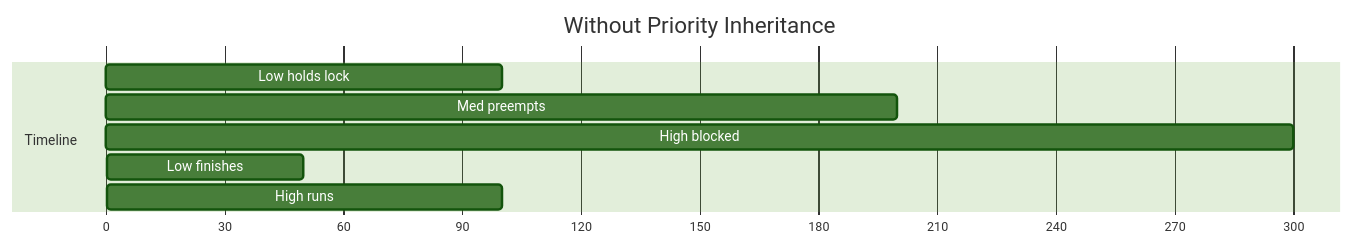
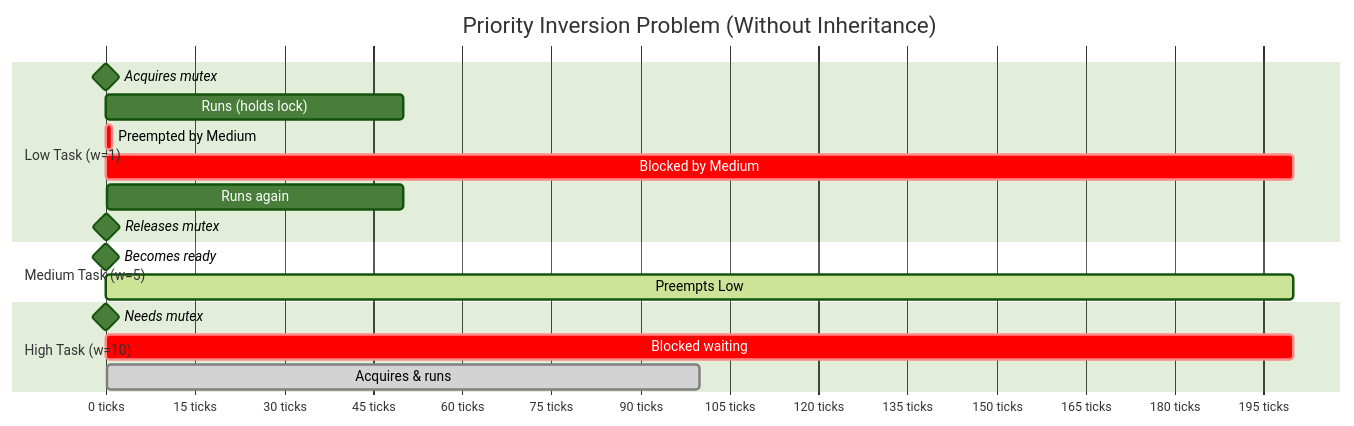
One commit to sabarioded/soRTOS changed diagram 13 of 14 in docs/scheduler.md. Above: the diagram before and after it, drawn with Mermaid (forest theme). The commit also changed other lines of this file, not shown here.

````diff
--- a/docs/scheduler.md
+++ b/docs/scheduler.md
@@ -707,13 +883,23 @@
 ```mermaid
 gantt
-    title Without Priority Inheritance
+    title Priority Inversion Problem (Without Inheritance)
     dateFormat X
-    axisFormat %s
+    axisFormat %s ticks
     
-    section Timeline
-    Low holds lock   :0, 100
-    Med preempts     :100, 200
-    High blocked     :100, 300
-    Low finishes     :300, 50
-    High runs        :350, 100
+    section Low Task (w=1)
+    Acquires mutex          :milestone, m1, 0, 0
+    Runs (holds lock)       :l1, 0, 50
+    Preempted by Medium     :crit, 50, 1
+    Blocked by Medium       :crit, 50, 200
+    Runs again              :l2, 250, 50
+    Releases mutex          :milestone, m2, 300, 0
+    
+    section Medium Task (w=5)
+    Becomes ready           :milestone, m3, 50, 0
+    Preempts Low            :active, 50, 200
+    
+    section High Task (w=10)
+    Needs mutex             :milestone, m4, 100, 0
+    Blocked waiting         :crit, 100, 200
+    Acquires & runs         :done, 300, 100
 ```
````
